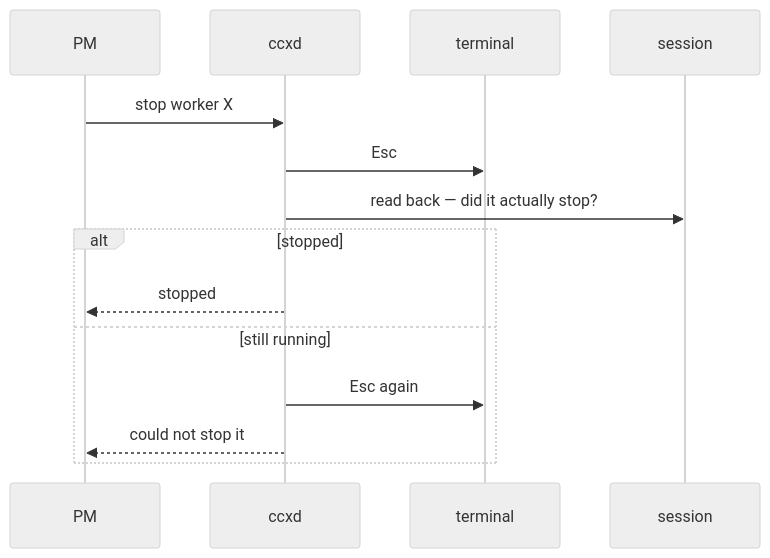
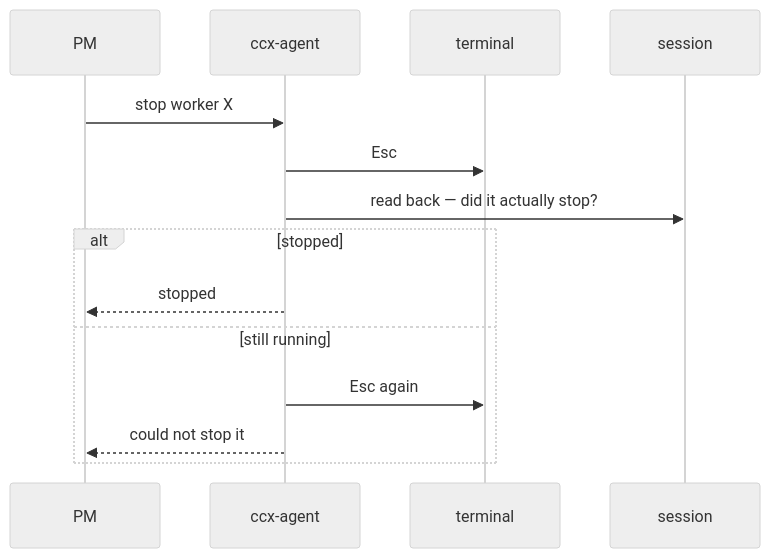
One commit to TakashiAihara/ccx changed the eighth of 8 diagrams in docs/design/use-cases.md. Above: the diagram before and after it, drawn with Mermaid (neutral theme). The commit also changed other lines of this file and 58 other files, not shown here.

First line of the commit message:
chore: rename ccxd to ccx-agent (#131)

````diff
--- a/docs/design/use-cases.md
+++ b/docs/design/use-cases.md
@@ -269,17 +269,17 @@
 ```mermaid
 sequenceDiagram
     participant PM
-    participant CCXD as ccxd
+    participant AGENT as ccx-agent
     participant T as terminal
     participant S as session
 
-    PM->>CCXD: stop worker X
-    CCXD->>T: Esc
-    CCXD->>S: read back — did it actually stop?
+    PM->>AGENT: stop worker X
+    AGENT->>T: Esc
+    AGENT->>S: read back — did it actually stop?
     alt stopped
-        CCXD-->>PM: stopped
+        AGENT-->>PM: stopped
     else still running
-        CCXD->>T: Esc again
-        CCXD-->>PM: could not stop it
+        AGENT->>T: Esc again
+        AGENT-->>PM: could not stop it
     end
 ```
````
